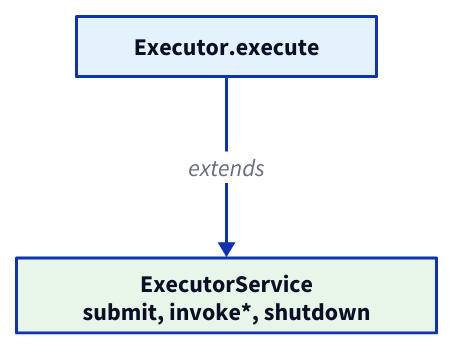
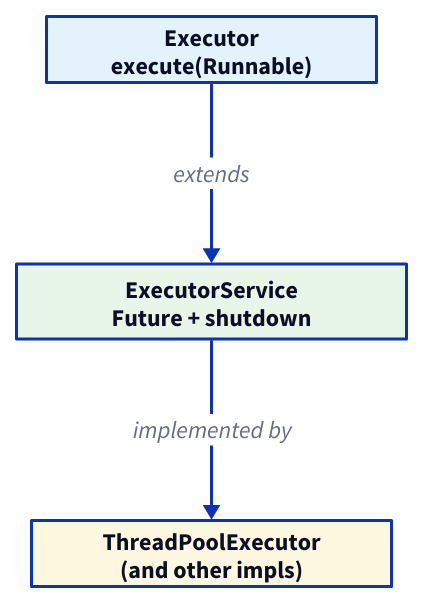
Before and after one commit to LogicAdept/SRS-Obsidian: the diagram in SRS/How would you explain the ExecutorService interface in Java.md, drawn with D2. The commit also changed other lines of this file, not shown here.

Commit message:
Rewrite ExecutorService as Executor plus Future and shutdown.

````diff
--- a/SRS/How would you explain the ExecutorService interface in Java.md
+++ b/SRS/How would you explain the ExecutorService interface in Java.md
@@ -27,14 +27,20 @@
 ```d2
 direction: down
-ex: "Executor.execute" {
-  width: 200
-  height: 40
+e: "Executor\nexecute(Runnable)" {
+  width: 220
+  height: 44
   style.fill: "#e3f2fd"
 }
-es: "ExecutorService\nsubmit, invoke*, shutdown" {
-  width: 280
+es: "ExecutorService\nFuture + shutdown" {
+  width: 260
   height: 50
   style.fill: "#e8f5e9"
 }
-ex -> es: "extends"
+impl: "ThreadPoolExecutor\n(and other impls)" {
+  width: 240
+  height: 44
+  style.fill: "#fff8e1"
+}
+e -> es: "extends"
+es -> impl: "implemented by"
 ```
````
